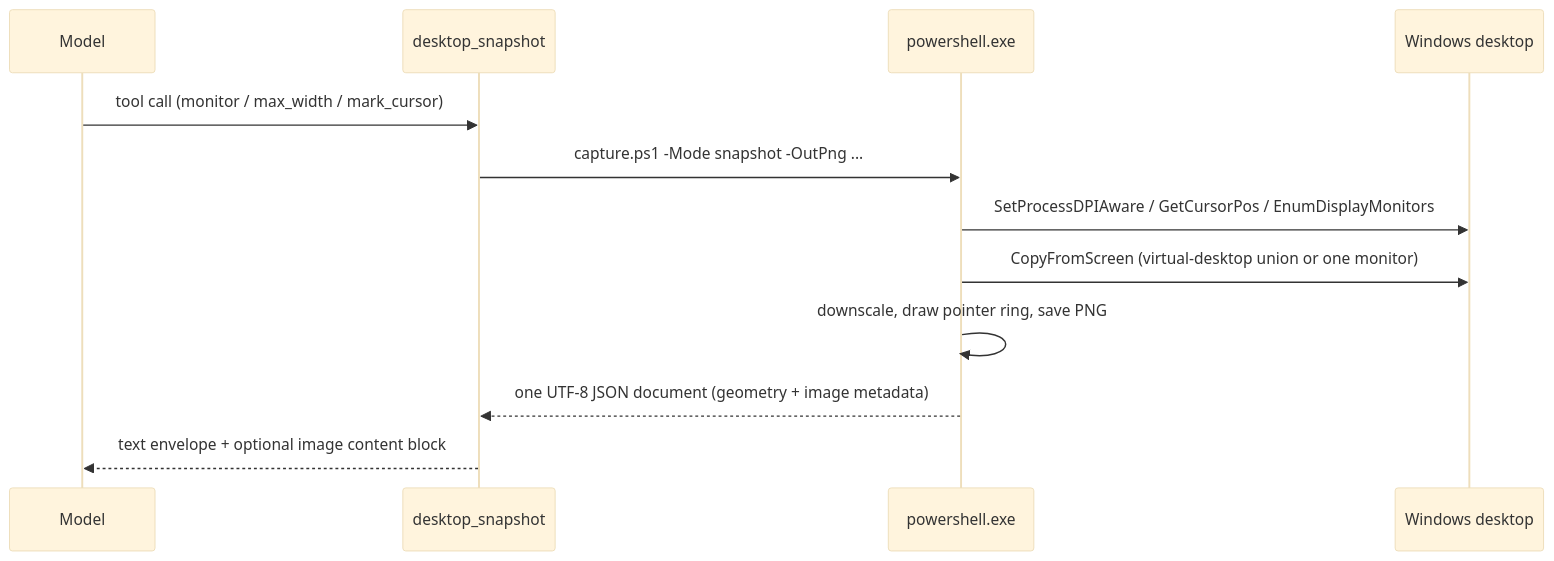
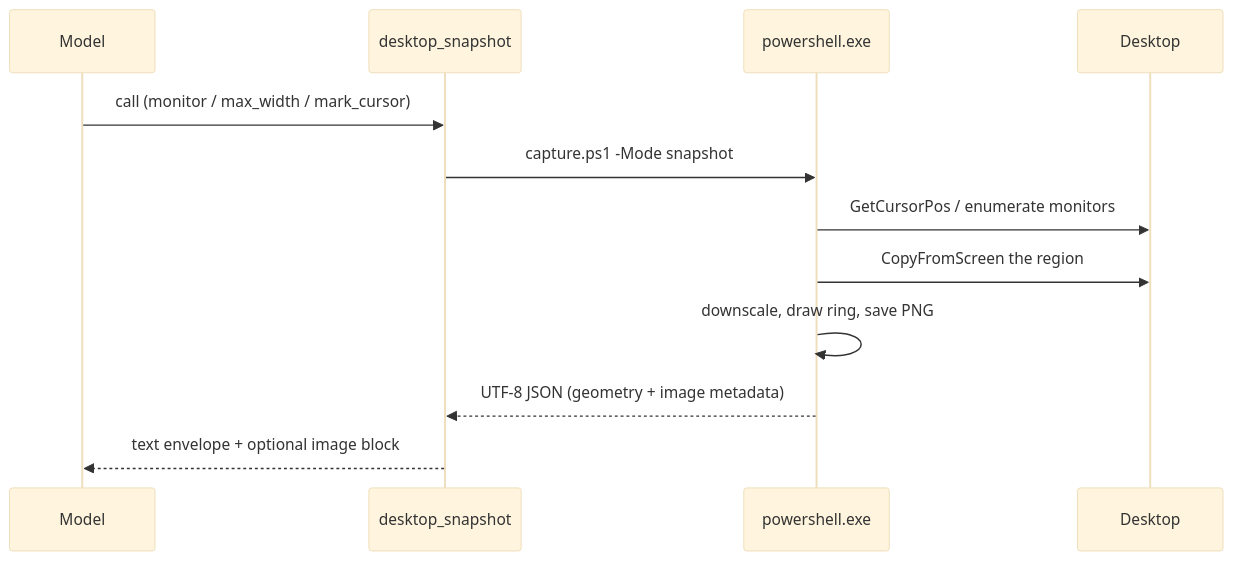
Before and after one commit to videndi/dsh-desktop-view: the diagram in README.en.md, drawn with Mermaid (base theme). The commit also changed 1 other file, not shown here.

Commit message:
docs: keep the sequence diagram narrow so GitHub renders it unclipped

````diff
--- a/README.en.md
+++ b/README.en.md
@@ -85,14 +85,14 @@
 ```mermaid
 sequenceDiagram
     participant M as Model
     participant T as desktop_snapshot
     participant P as powershell.exe
-    participant D as Windows desktop
-    M->>T: tool call (monitor / max_width / mark_cursor)
-    T->>P: capture.ps1 -Mode snapshot -OutPng ...
-    P->>D: SetProcessDPIAware / GetCursorPos / EnumDisplayMonitors
-    P->>D: CopyFromScreen (virtual-desktop union or one monitor)
-    P->>P: downscale, draw pointer ring, save PNG
-    P-->>T: one UTF-8 JSON document (geometry + image metadata)
-    T-->>M: text envelope + optional image content block
+    participant D as Desktop
+    M->>T: call (monitor / max_width / mark_cursor)
+    T->>P: capture.ps1 -Mode snapshot
+    P->>D: GetCursorPos / enumerate monitors
+    P->>D: CopyFromScreen the region
+    P->>P: downscale, draw ring, save PNG
+    P-->>T: UTF-8 JSON (geometry + image metadata)
+    T-->>M: text envelope + optional image block
 ```
````
